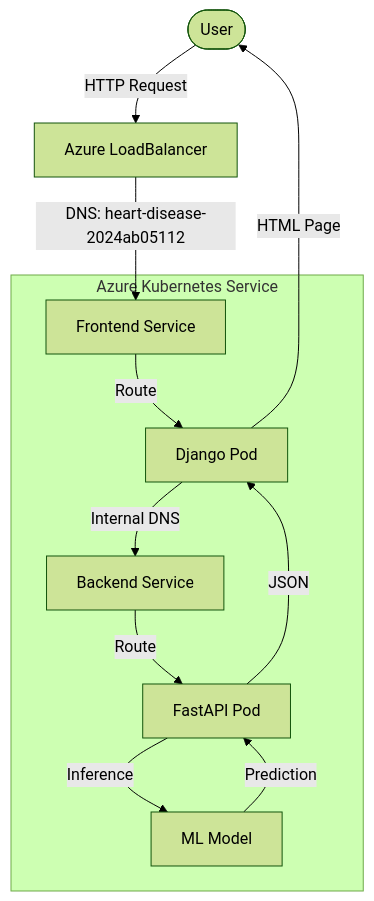
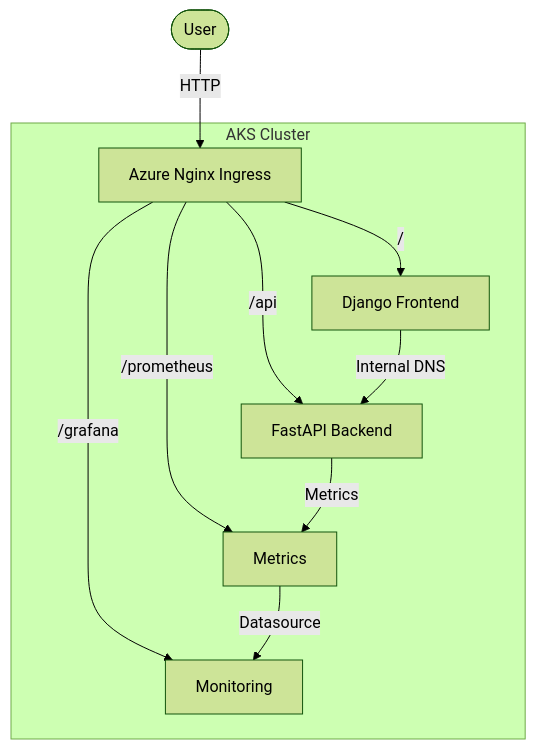
Before and after one commit to 2024ab05112/heart-disease-app: the diagram in docs/Detailed_Project_Report.md, drawn with Mermaid (forest theme). The commit also changed other lines of this file and 6 other files, not shown here.

Commit message:
Documentation: Comprehensive update of Wiki and Reports for Ingress-based architecture

````diff
--- a/docs/Detailed_Project_Report.md
+++ b/docs/Detailed_Project_Report.md
@@ -48,18 +25,15 @@
 ```mermaid
 graph TD
-    User([User]) -->|HTTP Request| LB[Azure LoadBalancer]
-    LB -->|DNS: heart-disease-2024ab05112| Frontend_Svc
+    User([User]) -->|HTTP| LB[Azure Nginx Ingress]
     
-    subgraph AKS_Cluster [Azure Kubernetes Service]
-        Frontend_Svc[Frontend Service] -->|Route| Frontend_Pod[Django Pod]
+    subgraph K8s_Cluster [AKS Cluster]
+        LB -->|/| Frontend[Django Frontend]
+        LB -->|/api| Backend[FastAPI Backend]
+        LB -->|/grafana| Grafana[Monitoring]
+        LB -->|/prometheus| Prometheus[Metrics]
         
-        Frontend_Pod -->|Internal DNS| Backend_Svc[Backend Service]
-        Backend_Svc -->|Route| Backend_Pod[FastAPI Pod]
-        
-        Backend_Pod -->|Inference| Model[ML Model]
+        Frontend -->|Internal DNS| Backend
+        Backend -->|Metrics| Prometheus
+        Prometheus -->|Datasource| Grafana
     end
-    
-    Model -->|Prediction| Backend_Pod
-    Backend_Pod -->|JSON| Frontend_Pod
-    Frontend_Pod -->|HTML Page| User
 ```
````
